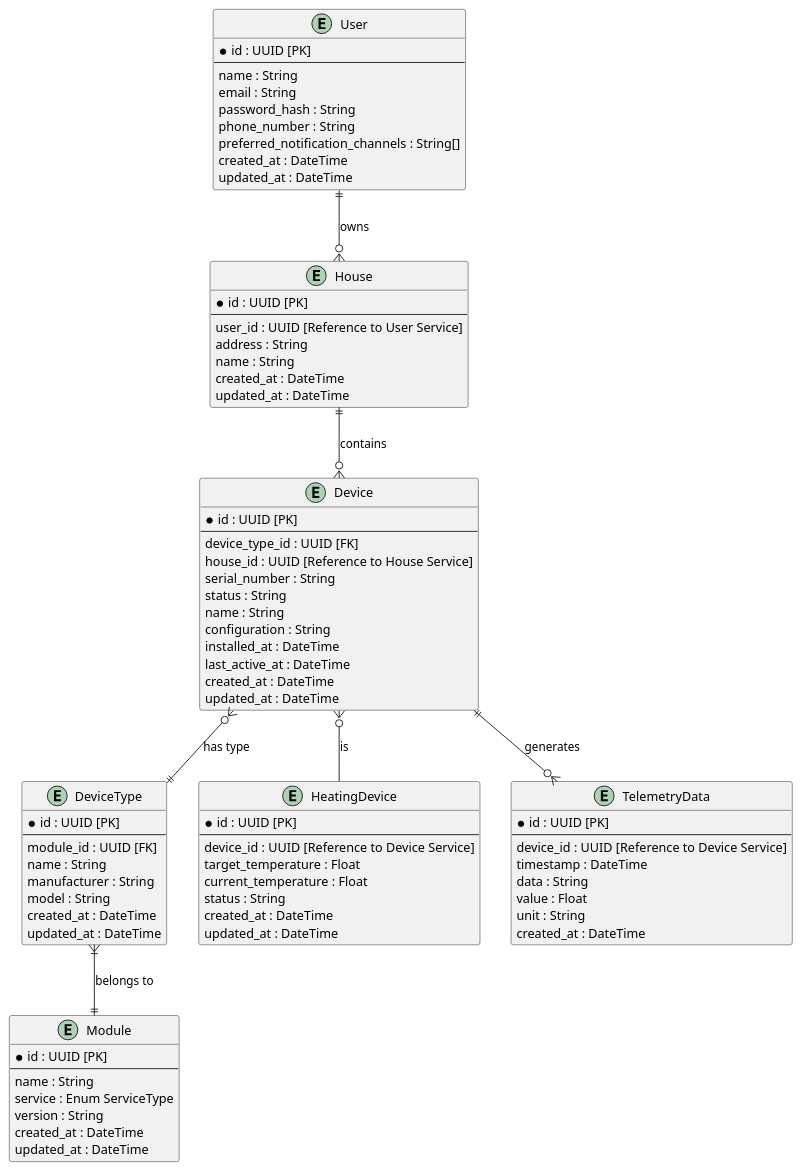
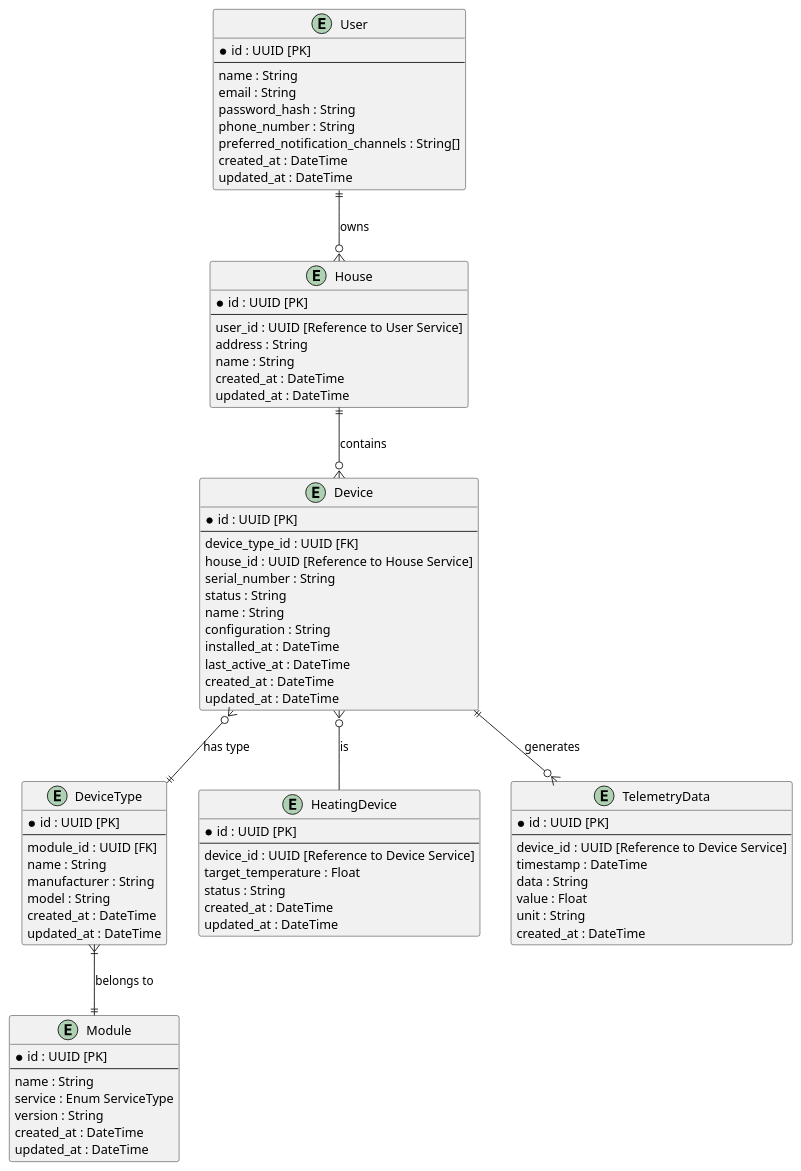
Before and after one commit to Veles-Pan/practicum-architecture-sprint-3: the diagram in docs/diagrams/src/task_3.puml, drawn with PlantUML. The commit also changed 53 other files, not shown here.

```diff
--- a/docs/diagrams/src/task_3.puml
+++ b/docs/diagrams/src/task_3.puml
@@ -1,92 +1,91 @@
 @startuml er_diagram
 
 entity "User" as User {
     * id : UUID [PK]
     --
     name : String
     email : String
     password_hash : String
     phone_number : String
     preferred_notification_channels : String[]
     created_at : DateTime
     updated_at : DateTime
 }
 
 entity "House" as House {
     * id : UUID [PK]
     --
     user_id : UUID [Reference to User Service]
     address : String
     name : String
     created_at : DateTime
     updated_at : DateTime
 }
 
 entity "Device" as Device {
     * id : UUID [PK]
     --
     device_type_id : UUID [FK]
     house_id : UUID [Reference to House Service]
     serial_number : String
     status : String
     name : String
     configuration : String
     installed_at : DateTime
     last_active_at : DateTime
     created_at : DateTime
     updated_at : DateTime
 }
 
 entity "DeviceType" as DeviceType {
     * id : UUID [PK]
     --
     module_id : UUID [FK]
     name : String
     manufacturer : String
     model : String
     created_at : DateTime
     updated_at : DateTime
 }
 
 entity "Module" as Module {
     * id : UUID [PK]
     --
     name : String
     service : Enum ServiceType
     version : String
     created_at : DateTime
     updated_at : DateTime
 }
 
 entity "HeatingDevice" as HeatingDevice {
     * id : UUID [PK]
     --
     device_id : UUID [Reference to Device Service]
     target_temperature : Float
-    current_temperature : Float
     status : String
     created_at : DateTime
     updated_at : DateTime
 }
 
 entity "TelemetryData" as TelemetryData {
     * id : UUID [PK]
     --
     device_id : UUID [Reference to Device Service]
     timestamp : DateTime
     data : String
     value : Float
     unit : String
     created_at : DateTime
 }
 
 ' Define relationships
 
 User ||--o{ House : "owns"
 House ||--o{ Device : "contains"
 Device }o--|| DeviceType : "has type"
 DeviceType }|--|| Module : "belongs to"
 Device ||--o{ TelemetryData : "generates"
 Device }o-- HeatingDevice : "is"
 
 @enduml
```
